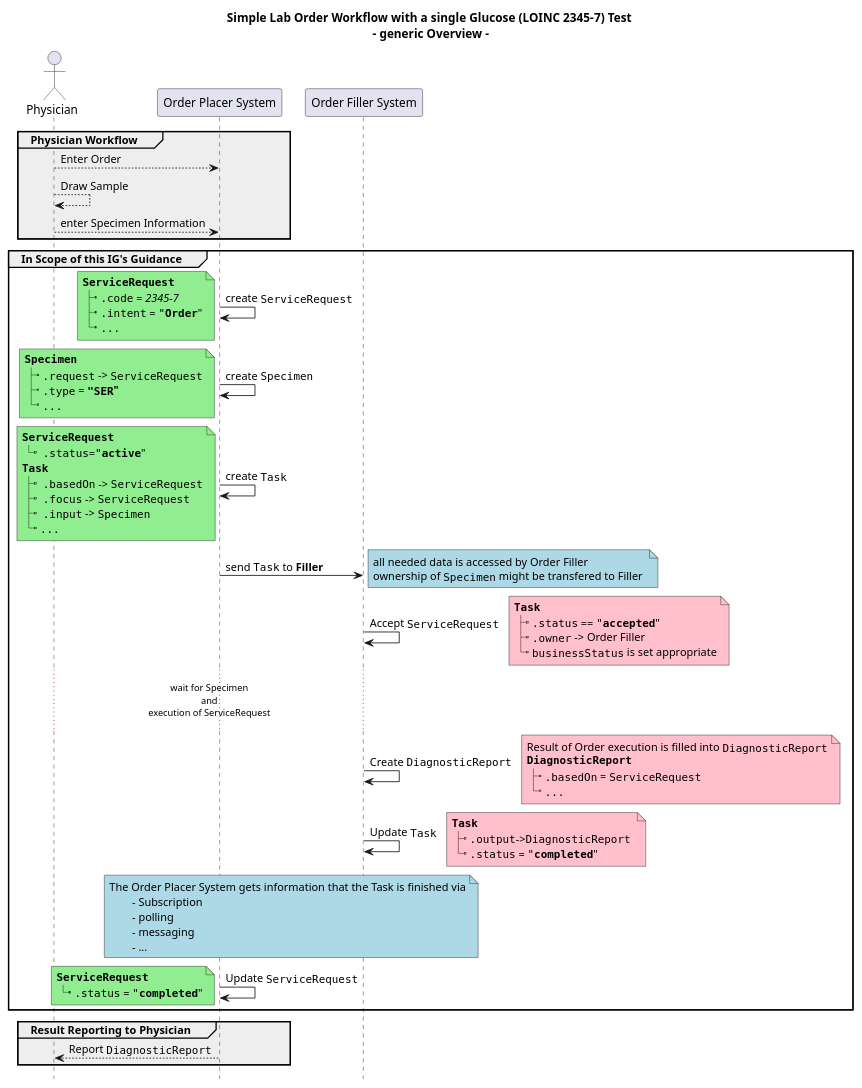
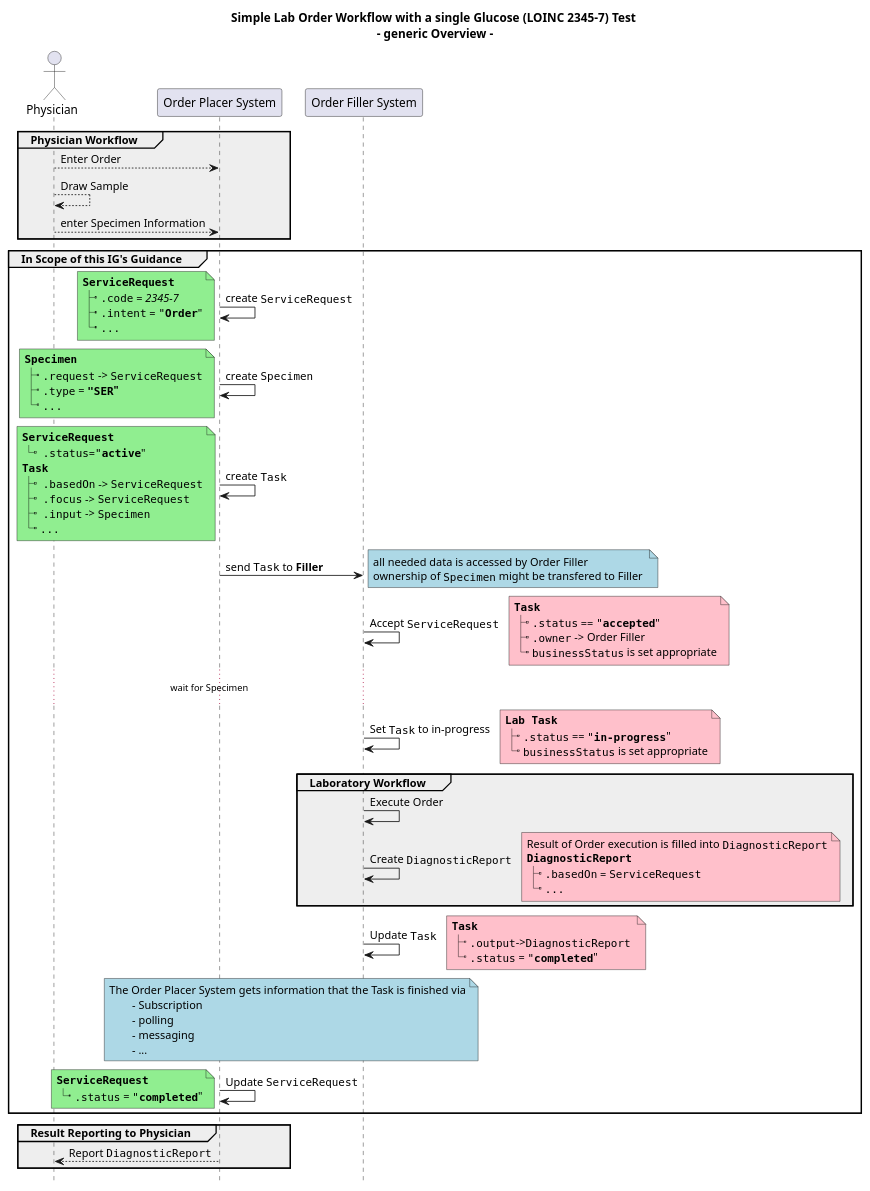
The diagram in input/images-source/ex1-simple-lab-order-flow.plantuml (HL7/fhir-cow-ig), drawn with PlantUML before and after one commit.

Commit message:
Update ex1-simple-lab-order-flow.plantuml
added in-progress

```diff
--- a/input/images-source/ex1-simple-lab-order-flow.plantuml
+++ b/input/images-source/ex1-simple-lab-order-flow.plantuml
@@ -1,114 +1,125 @@
 @startuml
 
 'skinparam sequenceMessageAlign center
 title 
 	Simple Lab Order Workflow with a single Glucose (LOINC 2345-7) Test 
 	- generic Overview -
 end title
 hide footbox
 
 'note across #turquoise
 '	**Assumptions:**
 '	- Physician knows which Specimen to draw (i.e. via an Order Catalog)
 '	- Specimen is drawn at the Physician office
 '	- It is clear which Order Filler will execute the Order
 '	- ""ServiceRequest"" is owned by the Order Placer; changes are allowed only to be done by Placer
 '	- ""Task"" is a shared resource of Placer and Filler and updated by both
 '	- Order Result is reported via ""DiagnosticReport""
 '	- ""DiagnosticReport"" is owned by the Order Filler
 '	- Order is accepted and is fulfilled 
 '	- Lab internal flow is **out of scope**
 '	- All needed data is accessible
 '	**Not defined**
 '	- Ownership of Specimen Resource (Ownership should/could/might change with the physical location)
 'end note
 
 actor Physician as Doc
 participant "Order Placer System" as Placer
 participant "Order Filler System" as Filler
 
 group #eee Physician Workflow 
 	Doc --> Placer: Enter Order
 	Doc --> Doc: Draw Sample
 	Doc --> Placer: enter Specimen Information
 end
 
 group In Scope of this IG's Guidance
 
 	Placer -> Placer: create ""ServiceRequest"" 
 	note left #lightgreen
 		**""ServiceRequest""**
 		|_ "".code"" = //2345-7//
 		|_ "".intent"" = """**Order**"""
 		|_ ""...""
 	end note
 	
 	Placer -> Placer: create ""Specimen"" 
 	note left #lightgreen
 		**""Specimen""**
 		|_ "".request"" -> ""ServiceRequest""
 		|_ "".type"" = **"""SER"""**
 		|_ ""...""
 	end note
 	
 	Placer -> Placer: create ""Task"" 
 	note left #lightgreen
 		**""ServiceRequest""**
 		|_  "".status""="""**active**"""
 		**""Task""**
 		|_  "".basedOn"" -> ""ServiceRequest""
 		|_  "".focus"" -> ""ServiceRequest""
 		|_  "".input"" -> ""Specimen""
 		|_ ""...""
 	end note 
 	
 	Placer -> Filler: send ""Task"" to **Filler** 
 	note right #lightblue
 		all needed data is accessed by Order Filler
 		ownership of ""Specimen"" might be transfered to Filler 
 	end note
 
 	Filler -> Filler: Accept ""ServiceRequest"" 
 	note right #pink
 		**""Task""**
 		|_ "".status"" == """**accepted**"""
 		|_ "".owner"" -> Order Filler
 		|_ ""businessStatus"" is set appropriate
 	end note
 	
-	... wait for Specimen \nand\nexecution of ServiceRequest... 
+	... wait for Specimen ... 
 	
-	Filler -> Filler: Create ""DiagnosticReport"" 
-	note right #pink
-		Result of Order execution is filled into ""DiagnosticReport""
-		**""DiagnosticReport""**
-		|_ "".basedOn"" = ""ServiceRequest""
-		|_ ""...""
+	Filler -> Filler: Set ""Task"" to in-progress
+		note right #pink
+		**""Lab Task""**
+		|_ "".status"" == """**in-progress**"""
+		|_ ""businessStatus"" is set appropriate
 	end note
 
+	
+	group #eee Laboratory Workflow
+		Filler -> Filler: Execute Order
+		Filler -> Filler: Create ""DiagnosticReport"" 
+		note right #pink
+			Result of Order execution is filled into ""DiagnosticReport""
+			**""DiagnosticReport""**
+			|_ "".basedOn"" = ""ServiceRequest""
+			|_ ""...""
+		end note
+	end
+	
 	Filler -> Filler: Update ""Task""
-	note right #pink
-		**""Task""**
-		|_ "".output""->""DiagnosticReport"" 
-		|_ "".status"" = """**completed**"""
-	end note
+		note right #pink
+			**""Task""**
+			|_ "".output""->""DiagnosticReport"" 
+			|_ "".status"" = """**completed**"""
+		end note
 	
 	note over Placer, Filler #lightblue
 		The Order Placer System gets information that the Task is finished via
 			- Subscription
 			- polling
 			- messaging
 			- ...
 	end note
 	
 	Placer -> Placer: Update ""ServiceRequest"" 
 	note left #lightgreen
 		**""ServiceRequest""**
 		|_ "".status"" = """**completed**"""
 	end note
 end
 
 group #eee Result Reporting to Physician
 	Placer --> Doc: Report ""DiagnosticReport""
 end
 @enduml
```
